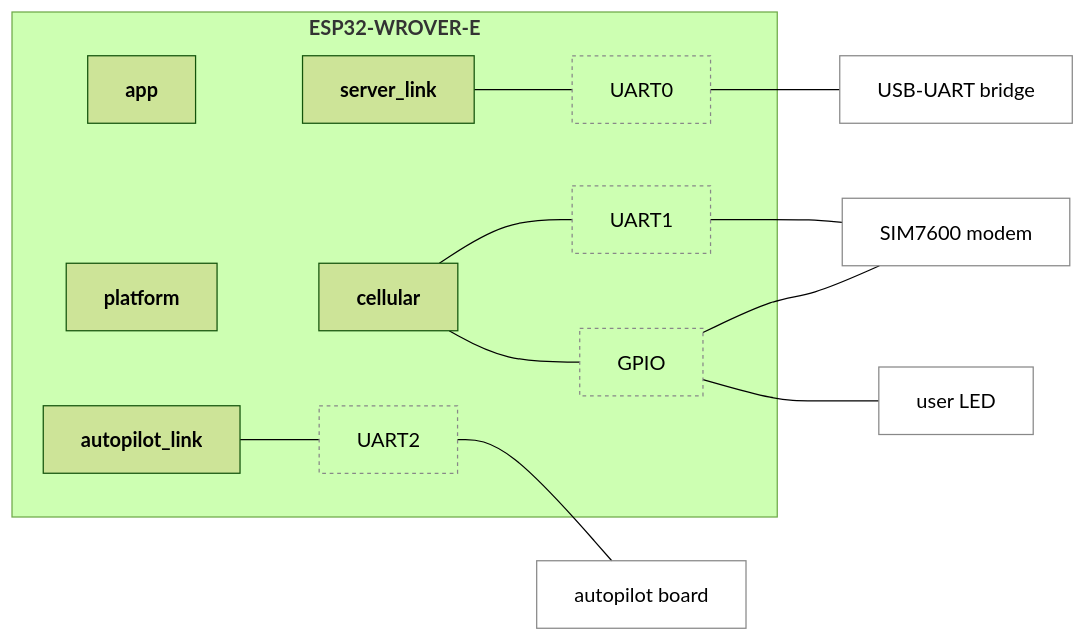
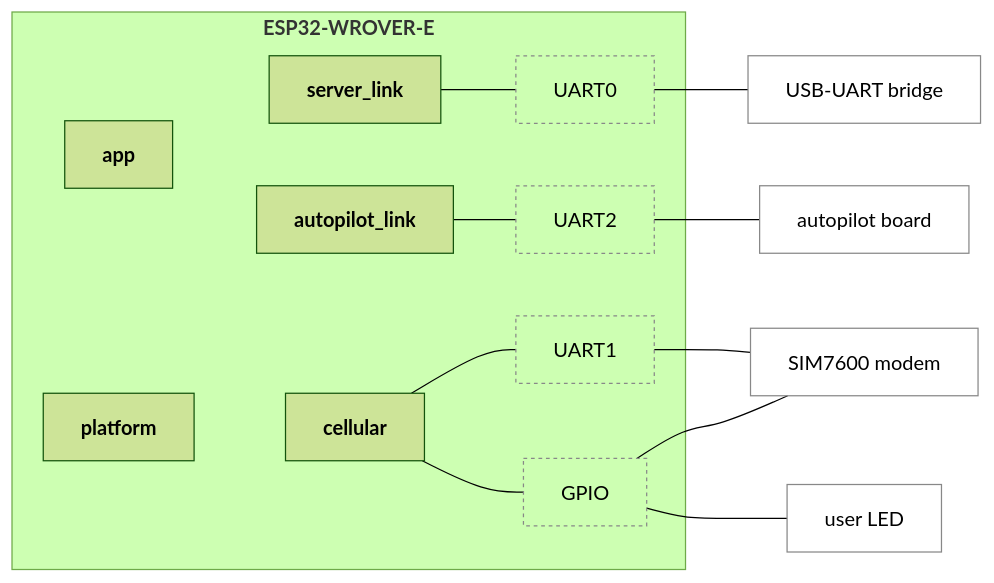
Before and after one commit to jRmx0/esp-architecture: the fourth of 6 diagrams in examples/gateway/diagrams.md, drawn with Mermaid (forest theme). The commit also changed 2 other files, not shown here.

Commit message:
Block level 2: an invisible link into every bus-driving subsystem
Without one, a bus-driving subsystem with no incoming link landed in the
inner column (autopilot_link at c1c9847).

````diff
--- a/examples/gateway/diagrams.md
+++ b/examples/gateway/diagrams.md
@@ -76,33 +76,34 @@
 ```mermaid
 flowchart LR
   subgraph cpu_box["<b>ESP32-WROVER-E</b>"]
     n_cellular["<b>cellular</b>"]
     n_server_link["<b>server_link</b>"]
     n_autopilot_link["<b>autopilot_link</b>"]
     n_app["<b>app</b>"]
     n_platform["<b>platform</b>"]
     n_uart_modem["UART1"]
     n_uart2_board["UART2"]
     n_uart0_console["UART0"]
     n_gpio_board["GPIO"]
   end
   n_sim7600["SIM7600 modem"]
   n_user_led["user LED"]
   n_autopilot_board["autopilot board"]
   n_ch9102["USB-UART bridge"]
   n_server_link --- n_uart0_console
   n_cellular --- n_uart_modem
   n_cellular --- n_gpio_board
   n_autopilot_link --- n_uart2_board
   n_uart_modem --- n_sim7600
   n_gpio_board --- n_sim7600
   n_gpio_board --- n_user_led
   n_uart2_board --- n_autopilot_board
   n_uart0_console --- n_ch9102
   n_app ~~~ n_server_link
   n_platform ~~~ n_cellular
+  n_app ~~~ n_autopilot_link
   classDef bus fill:none,stroke:#888,stroke-dasharray:3 3
   class n_uart_modem,n_uart2_board,n_uart0_console,n_gpio_board bus
   classDef device fill:none,stroke:#888
   class n_sim7600,n_user_led,n_autopilot_board,n_ch9102 device
 ```
````
